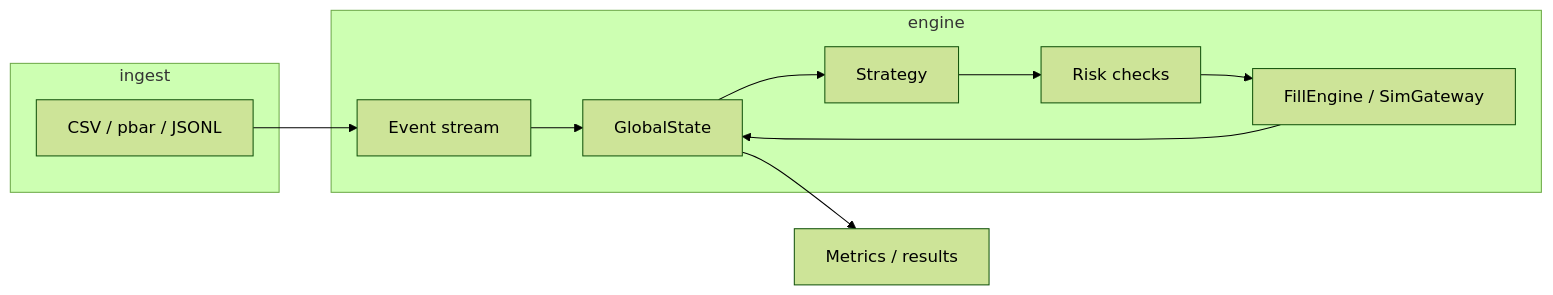
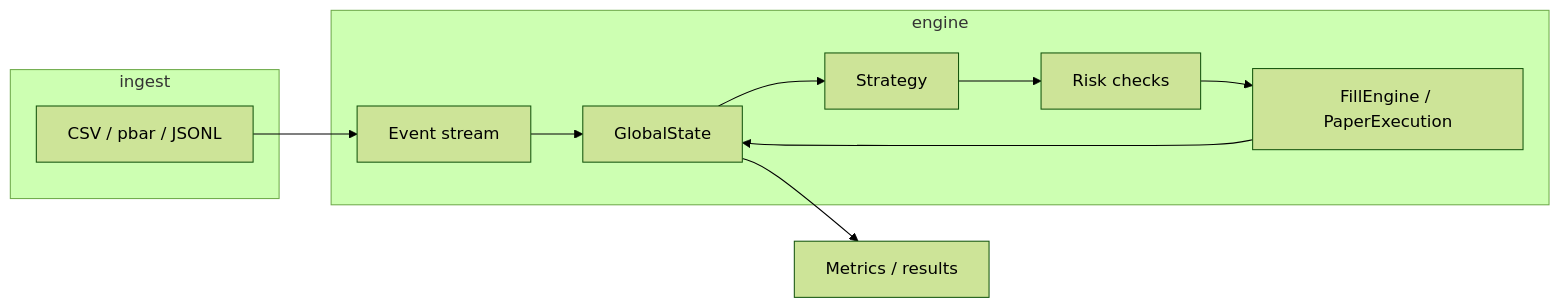
Before and after one commit to DevomB/Athenas-Pallas: the diagram in docs/ARCHITECTURE.md, drawn with Mermaid (forest theme). The commit also changed other lines of this file and 4 other files, not shown here.

````diff
--- a/docs/ARCHITECTURE.md
+++ b/docs/ARCHITECTURE.md
@@ -5,20 +5,20 @@
 ```mermaid
 flowchart LR
   subgraph ingest
     CSV[CSV / pbar / JSONL]
   end
   subgraph engine
     EV[Event stream]
     ST[GlobalState]
     STG[Strategy]
     RK[Risk checks]
-    EX[FillEngine / SimGateway]
+    EX[FillEngine / PaperExecution]
   end
   CSV --> EV
   EV --> ST
   ST --> STG
   STG --> RK
   RK --> EX
   EX --> ST
   ST --> MET[Metrics / results]
 ```
````
